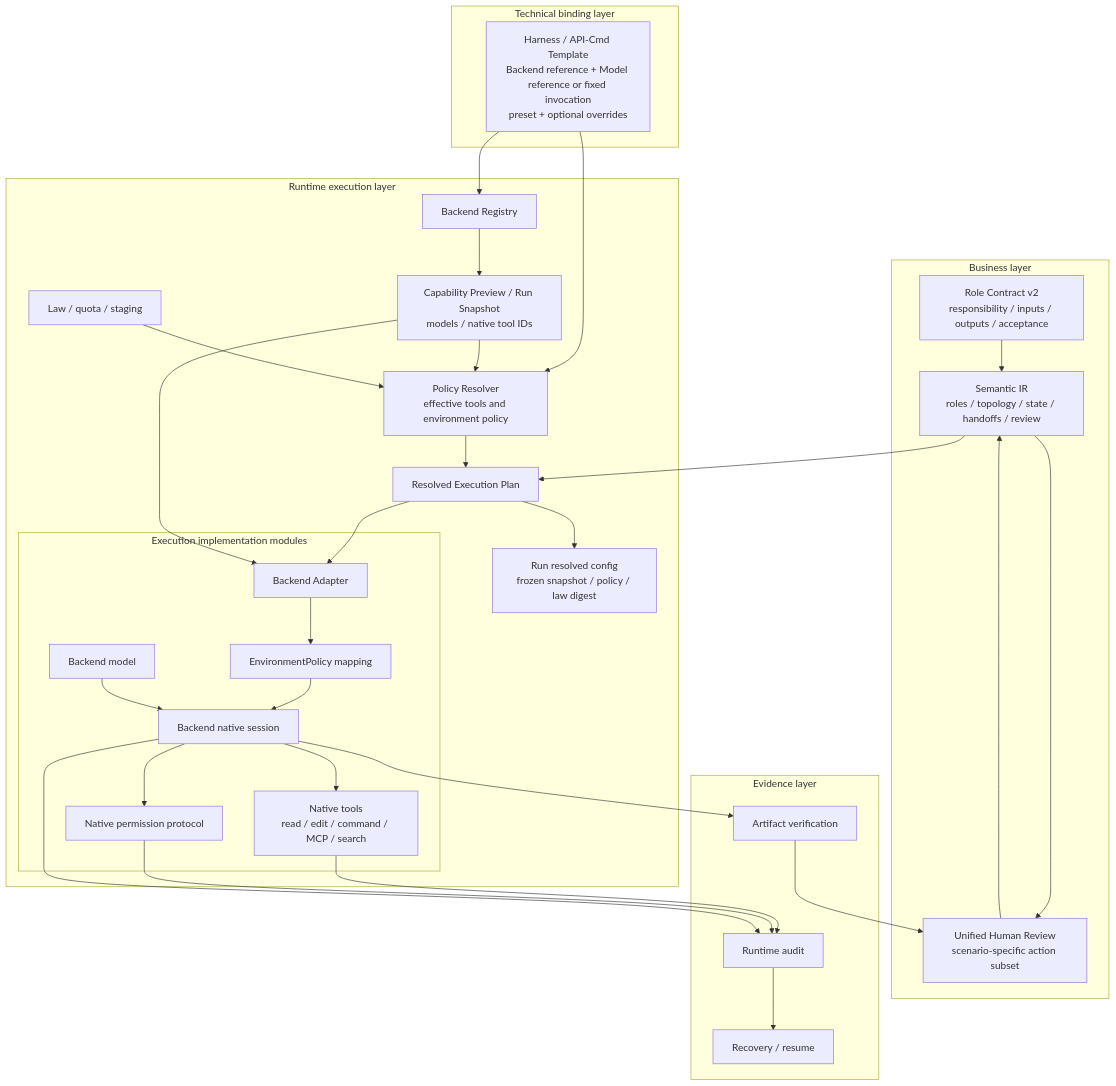
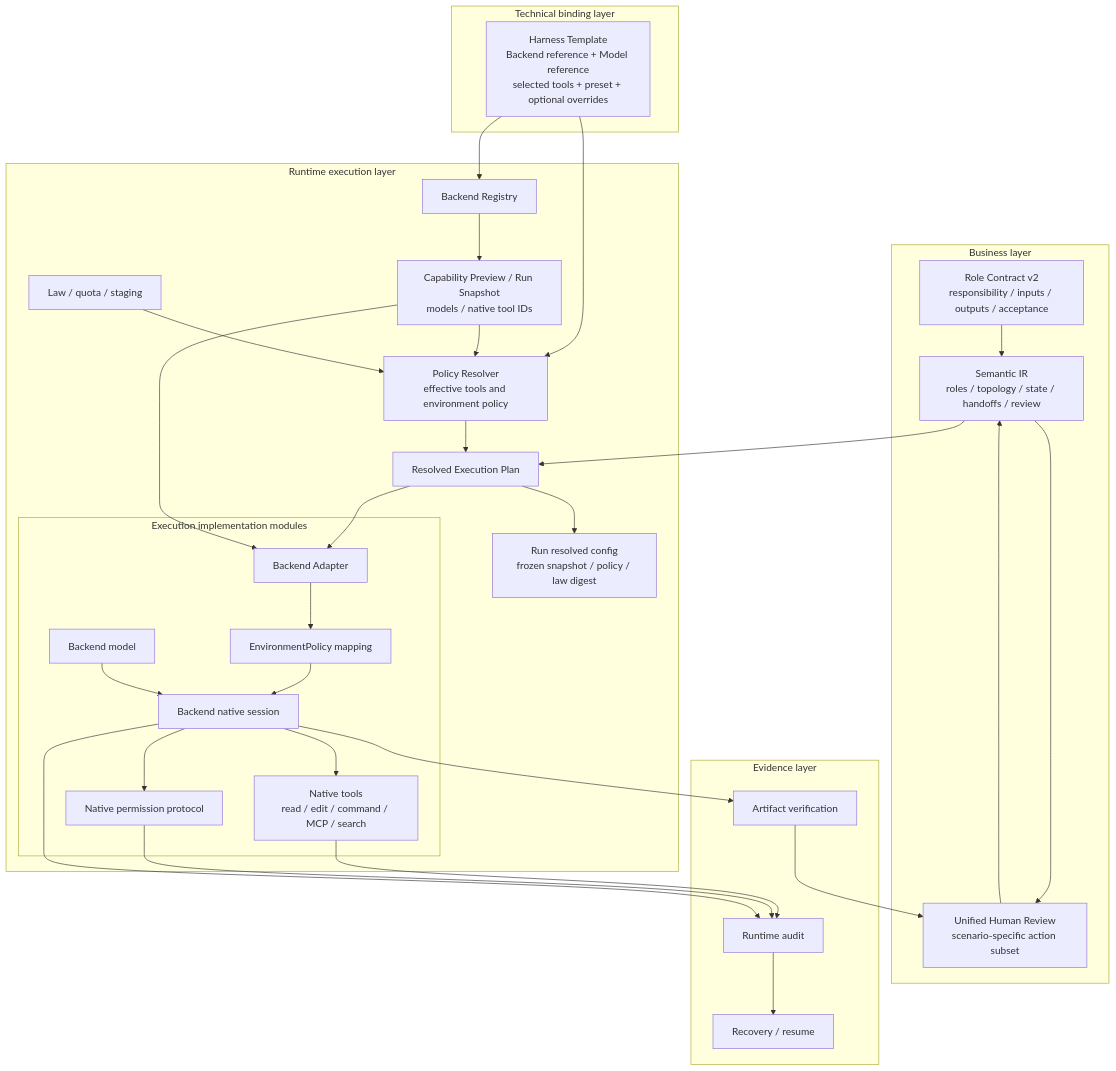
One commit to Fredericzhou/ogsystem changed the first of 7 diagrams in docs/development/role-execution-architecture.md. Above: the diagram before and after it, drawn with Mermaid. The commit also changed other lines of this file and 1 other file, not shown here.

Commit message:
docs: simplify v2 harness execution model

````diff
--- a/docs/development/role-execution-architecture.md
+++ b/docs/development/role-execution-architecture.md
@@ -392,60 +411,60 @@
 ```mermaid
 flowchart TB
     subgraph Business["Business layer"]
         RC["Role Contract v2<br/>responsibility / inputs / outputs / acceptance"]
         IR["Semantic IR<br/>roles / topology / state / handoffs / review"]
         HR["Unified Human Review<br/>scenario-specific action subset"]
     end
 
     subgraph Technical["Technical binding layer"]
-        EB["Harness / API-Cmd Template<br/>Backend reference + Model reference or fixed invocation<br/>preset + optional overrides"]
+        EB["Harness Template<br/>Backend reference + Model reference<br/>selected tools + preset + optional overrides"]
     end
 
     subgraph Runtime["Runtime execution layer"]
         BR["Backend Registry"]
         CS["Capability Preview / Run Snapshot<br/>models / native tool IDs"]
         PR["Policy Resolver<br/>effective tools and environment policy"]
         LAW["Law / quota / staging"]
         PLAN["Resolved Execution Plan"]
         SNAP["Run resolved config<br/>frozen snapshot / policy / law digest"]
         subgraph Impl["Execution implementation modules"]
             AD["Backend Adapter"]
             MAP["EnvironmentPolicy mapping"]
             BS["Backend native session"]
             MODEL["Backend model"]
             NT["Native tools<br/>read / edit / command / MCP / search"]
             PP["Native permission protocol"]
         end
     end
 
     subgraph Evidence["Evidence layer"]
         AUDIT["Runtime audit"]
         RECOVERY["Recovery / resume"]
         ARTIFACT["Artifact verification"]
     end
 
     RC --> IR
     IR --> HR
     EB --> BR
     EB --> PR
     BR --> CS
     CS --> PR
     LAW --> PR
     IR --> PLAN
     PR --> PLAN
     PLAN --> SNAP
     PLAN --> AD
     AD --> MAP
     MAP --> BS
     MODEL --> BS
     CS --> AD
     BS --> NT
     BS --> PP
     NT --> AUDIT
     PP --> AUDIT
     BS --> AUDIT
     AUDIT --> RECOVERY
     BS --> ARTIFACT
     ARTIFACT --> HR
     HR --> IR
 ```
````
